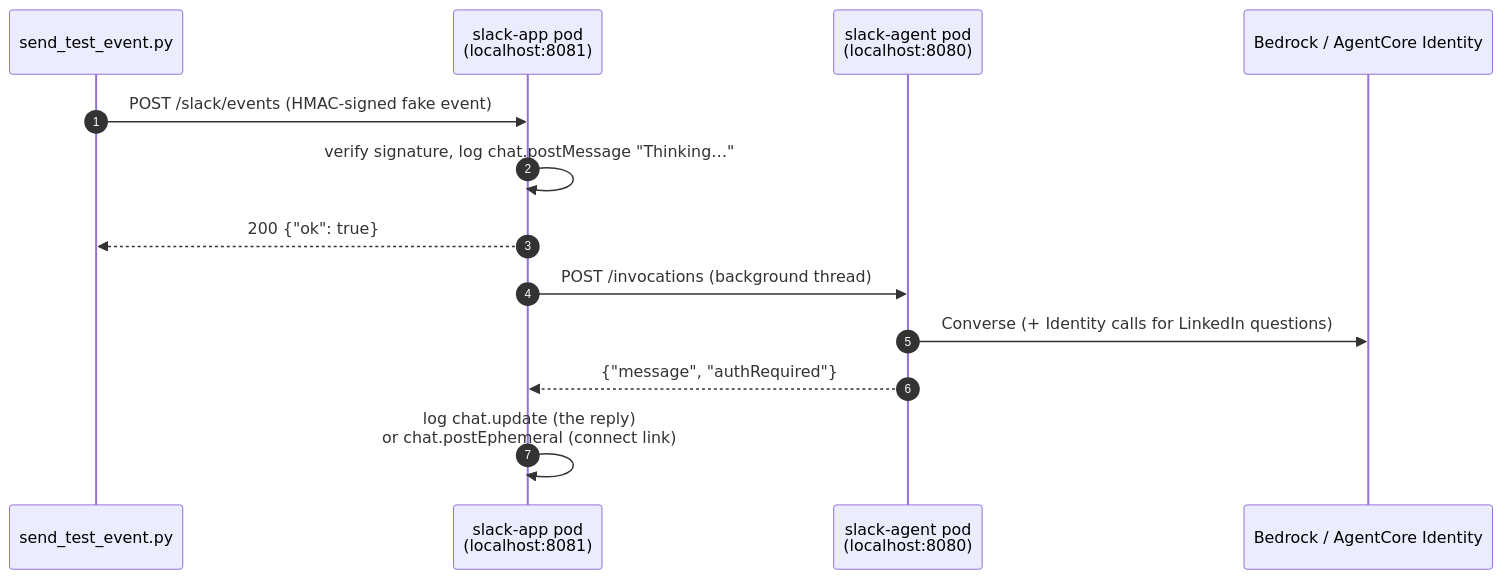
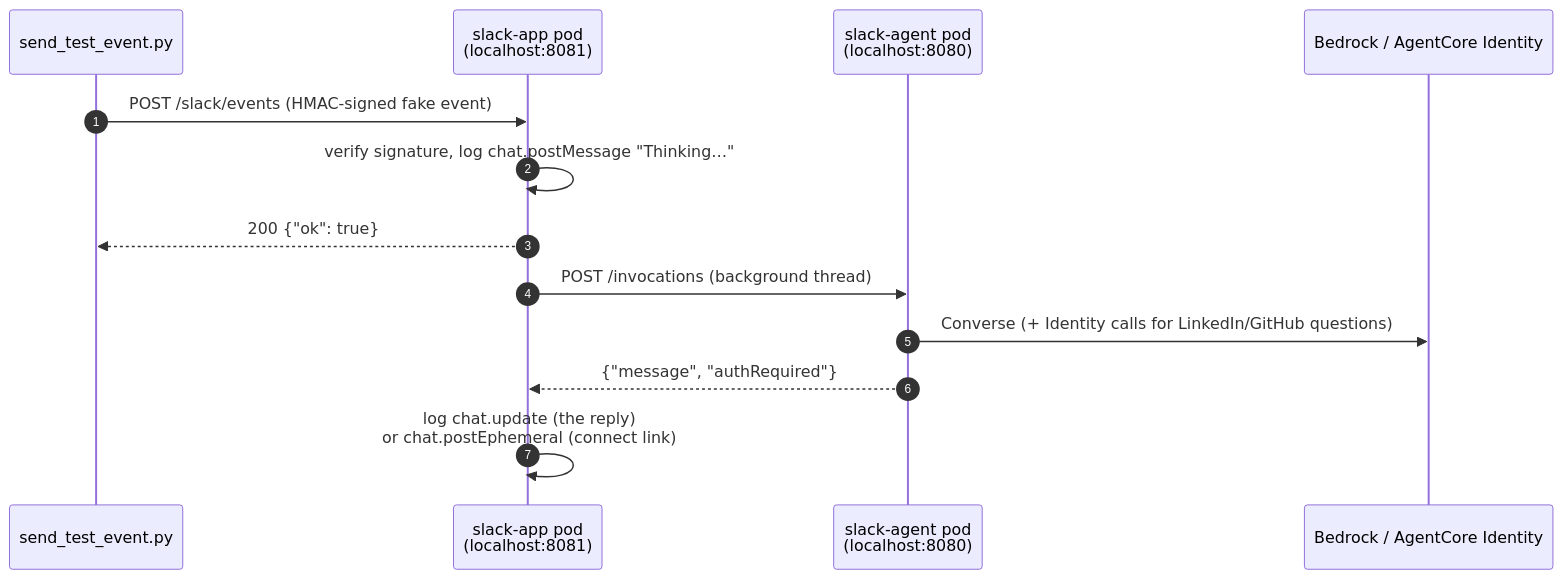
One commit to agent-runtime-labs/slack-agentcore-app changed the diagram in docs/testing-guide.md. Above: the diagram before and after it, drawn with Mermaid. The commit also changed other lines of this file and 30 other files, not shown here.

````diff
--- a/docs/testing-guide.md
+++ b/docs/testing-guide.md
@@ -17,16 +18,16 @@
 ```mermaid
 sequenceDiagram
     autonumber
     participant T as send_test_event.py
     participant A as slack-app pod<br/>(localhost:8081)
     participant G as slack-agent pod<br/>(localhost:8080)
     participant B as Bedrock / AgentCore Identity
 
     T->>A: POST /slack/events (HMAC-signed fake event)
     A->>A: verify signature, log chat.postMessage "Thinking…"
     A-->>T: 200 {"ok": true}
     A->>G: POST /invocations (background thread)
-    G->>B: Converse (+ Identity calls for LinkedIn questions)
+    G->>B: Converse (+ Identity calls for LinkedIn/GitHub questions)
     G-->>A: {"message", "authRequired"}
     A->>A: log chat.update (the reply)<br/>or chat.postEphemeral (connect link)
 ```
````
